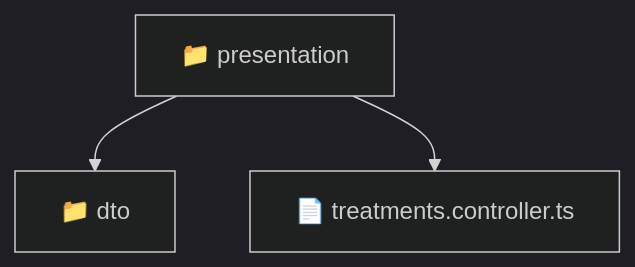
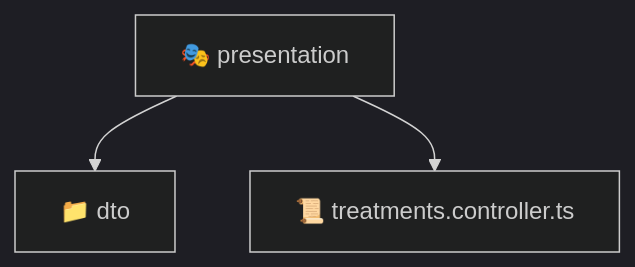
One commit to beginwebdev2002/fullstack-mavluda changed the diagram in backend/src/modules/treatments/presentation/README.md. Above: the diagram before and after it, drawn with Mermaid (dark theme). The commit also changed other lines of this file and 163 other files, not shown here.

````diff
--- a/backend/src/modules/treatments/presentation/README.md
+++ b/backend/src/modules/treatments/presentation/README.md
@@ -9,6 +9,6 @@
 ```mermaid
 graph TD
-  Root["📁 presentation"]
-  Root --> dto["📁 dto"]
-  Root --> treatments_controller_ts["📄 treatments.controller.ts"]
+  presentation["🎭 presentation"]
+  presentation --> dto["📁 dto"]
+  presentation --> treatments_controller_ts["📜 treatments.controller.ts"]
 ```
````
